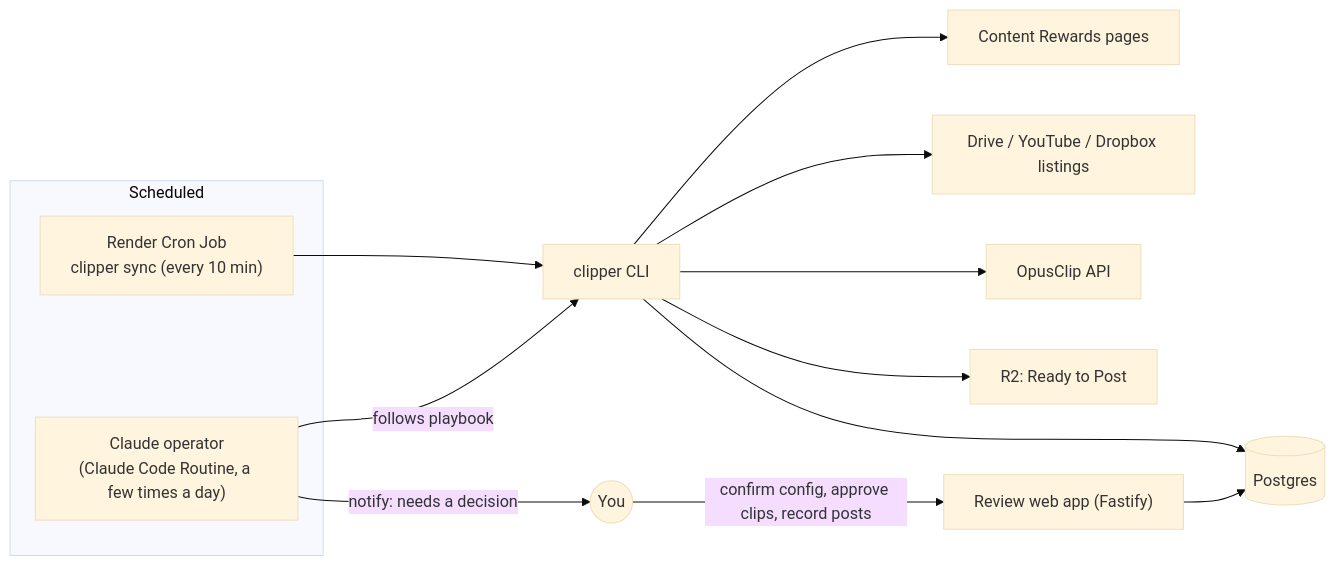
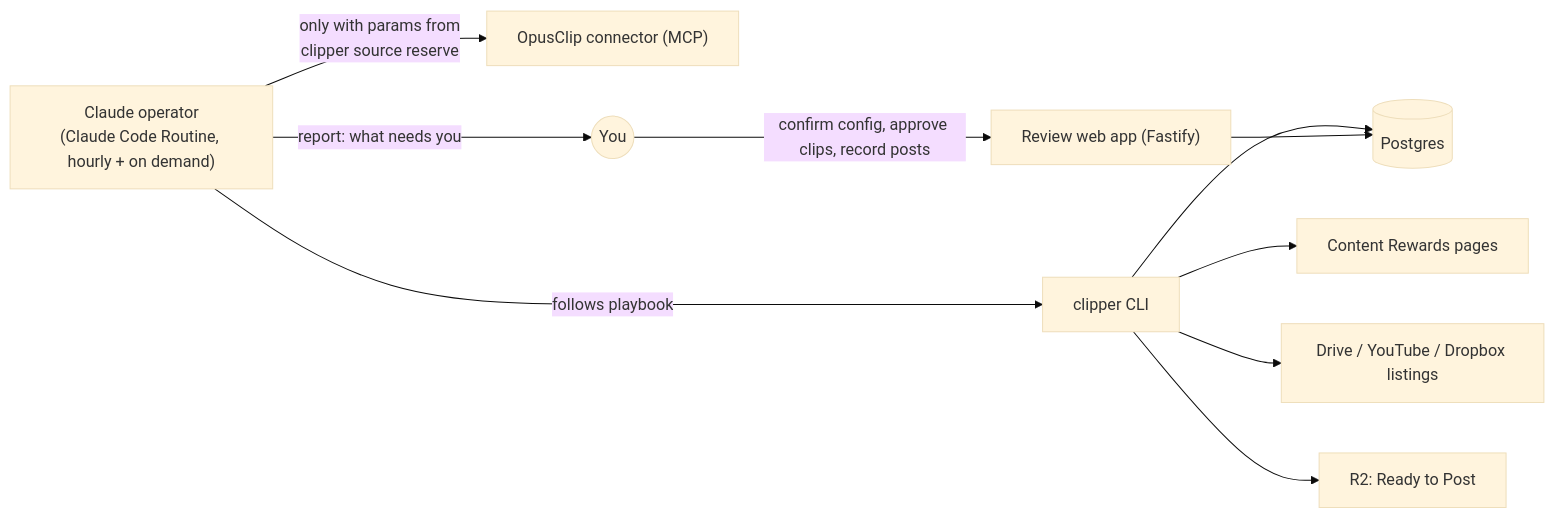
One commit to misterhedrick/clipper changed the diagram in docs/ARCHITECTURE.md. Above: the diagram before and after it, drawn with Mermaid (base theme). The commit also changed other lines of this file and 13 other files, not shown here.

````diff
--- a/docs/ARCHITECTURE.md
+++ b/docs/ARCHITECTURE.md
@@ -28,17 +30,13 @@
 ```mermaid
 flowchart LR
-  subgraph Scheduled
-    CRON["Render Cron Job<br/>clipper sync (every 10 min)"]
-    OP["Claude operator<br/>(Claude Code Routine, a few times a day)"]
-  end
-  CRON --> CLI["clipper CLI"]
-  OP -->|follows playbook| CLI
+  OP["Claude operator<br/>(Claude Code Routine, hourly + on demand)"]
+  OP -->|follows playbook| CLI["clipper CLI"]
+  OP -->|only with params from<br/>clipper source reserve| OCM["OpusClip connector (MCP)"]
   CLI --> DB[(Postgres)]
   CLI --> CR["Content Rewards pages"]
   CLI --> SRC["Drive / YouTube / Dropbox listings"]
-  CLI --> OC["OpusClip API"]
   CLI --> R2["R2: Ready to Post"]
   WEB["Review web app (Fastify)"] --> DB
   HUMAN(("You")) -->|confirm config, approve clips, record posts| WEB
-  OP -->|notify: needs a decision| HUMAN
+  OP -->|report: what needs you| HUMAN
 ```
````
